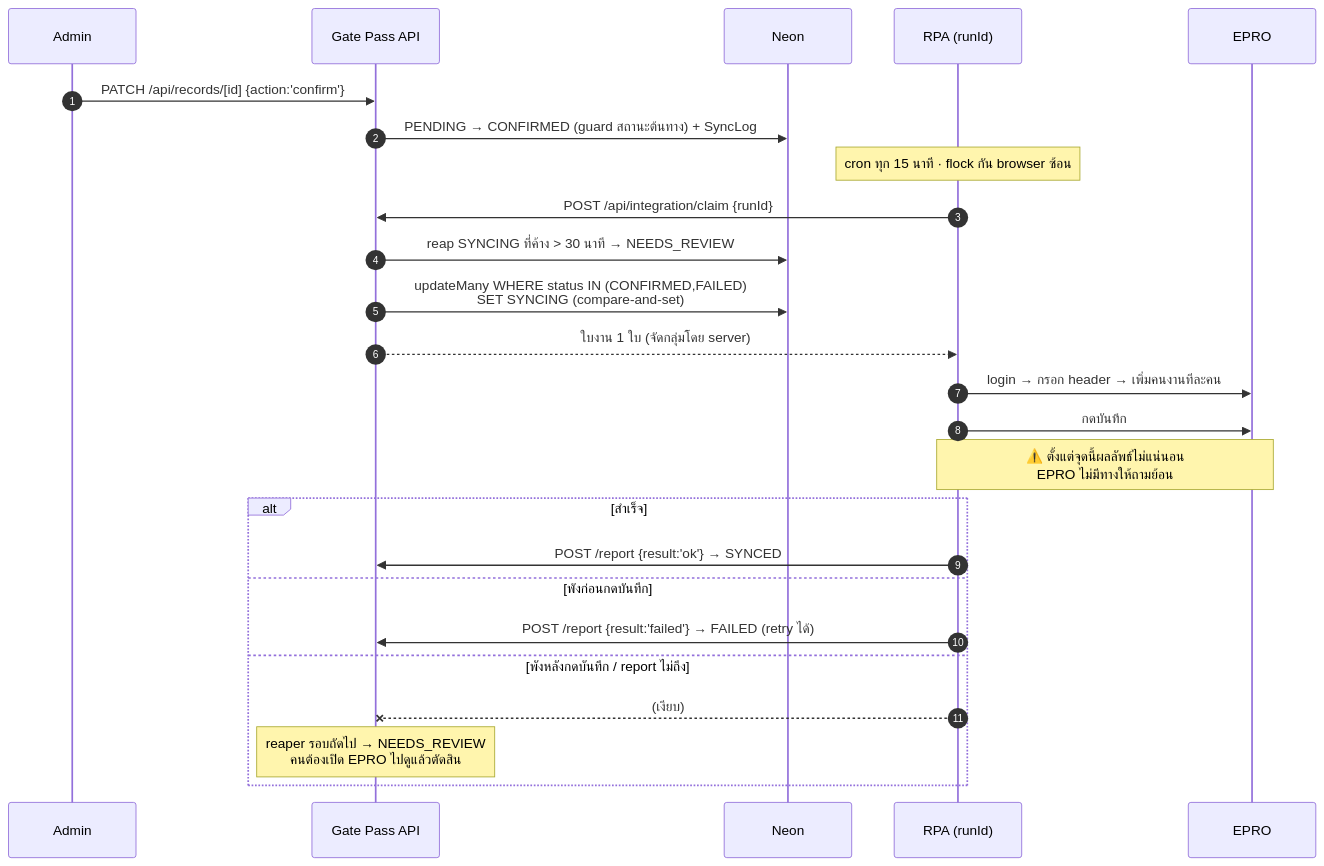
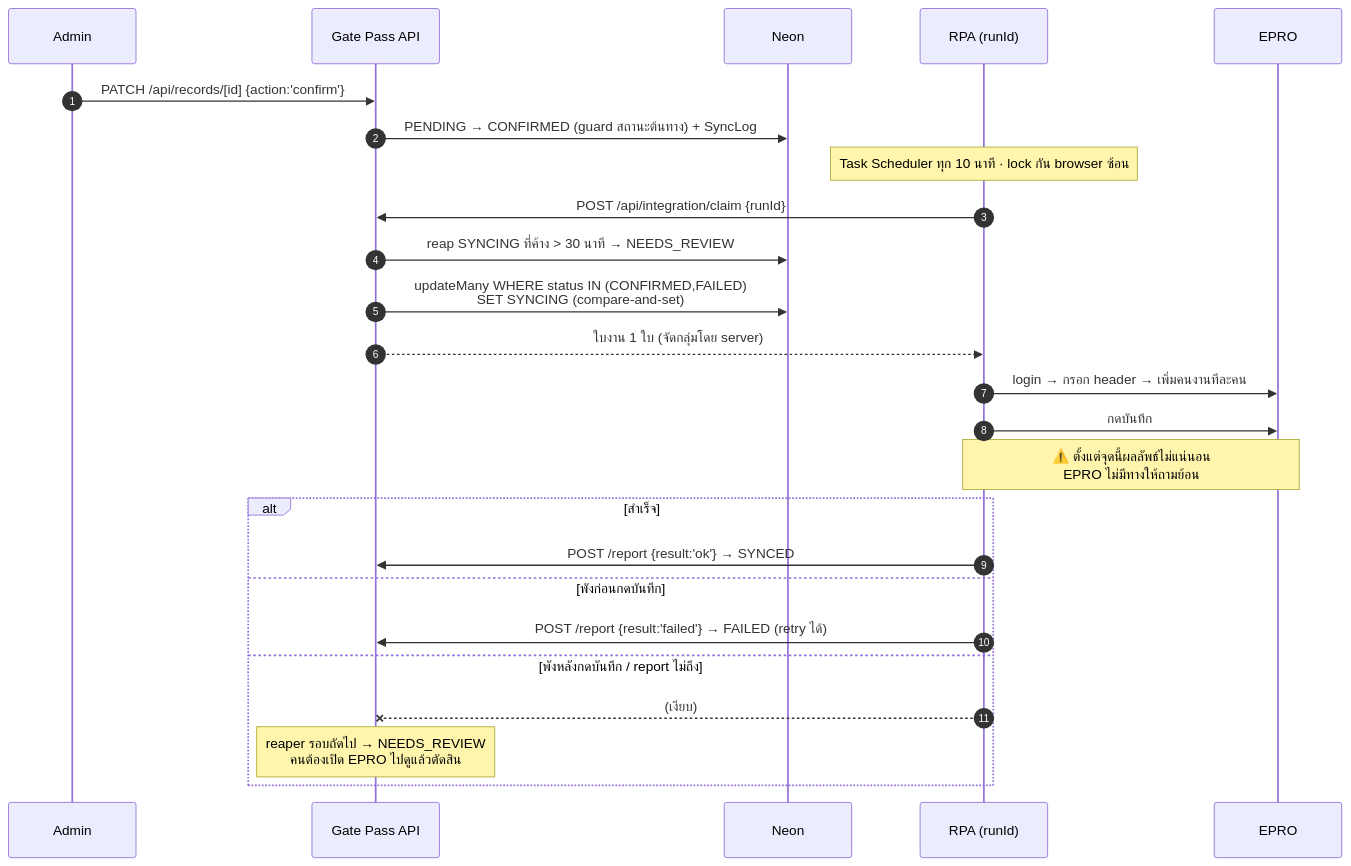
The fifth of 7 diagrams in docs/architecture.md (Prachya-8bit/Gate-pass-system), drawn with Mermaid before and after one commit. The commit also changed other lines of this file and 9 other files, not shown here.

````diff
--- a/docs/architecture.md
+++ b/docs/architecture.md
@@ -227,31 +227,31 @@
 ```mermaid
 sequenceDiagram
     autonumber
     participant A as Admin
     participant GP as Gate Pass API
     participant DB as Neon
     participant R as RPA (runId)
     participant E as EPRO
 
     A->>GP: PATCH /api/records/[id] {action:'confirm'}
     GP->>DB: PENDING → CONFIRMED (guard สถานะต้นทาง) + SyncLog
 
-    Note over R: cron ทุก 15 นาที · flock กัน browser ซ้อน
+    Note over R: Task Scheduler ทุก 10 นาที · lock กัน browser ซ้อน
     R->>GP: POST /api/integration/claim {runId}
     GP->>DB: reap SYNCING ที่ค้าง > 30 นาที → NEEDS_REVIEW
     GP->>DB: updateMany WHERE status IN (CONFIRMED,FAILED)<br/>SET SYNCING (compare-and-set)
     GP-->>R: ใบงาน 1 ใบ (จัดกลุ่มโดย server)
 
     R->>E: login → กรอก header → เพิ่มคนงานทีละคน
     R->>E: กดบันทึก
     Note over R,E: ⚠️ ตั้งแต่จุดนี้ผลลัพธ์ไม่แน่นอน<br/>EPRO ไม่มีทางให้ถามย้อน
 
     alt สำเร็จ
         R->>GP: POST /report {result:'ok'} → SYNCED
     else พังก่อนกดบันทึก
         R->>GP: POST /report {result:'failed'} → FAILED (retry ได้)
     else พังหลังกดบันทึก / report ไม่ถึง
         R--xGP: (เงียบ)
         Note over GP: reaper รอบถัดไป → NEEDS_REVIEW<br/>คนต้องเปิด EPRO ไปดูแล้วตัดสิน
     end
 ```
````
